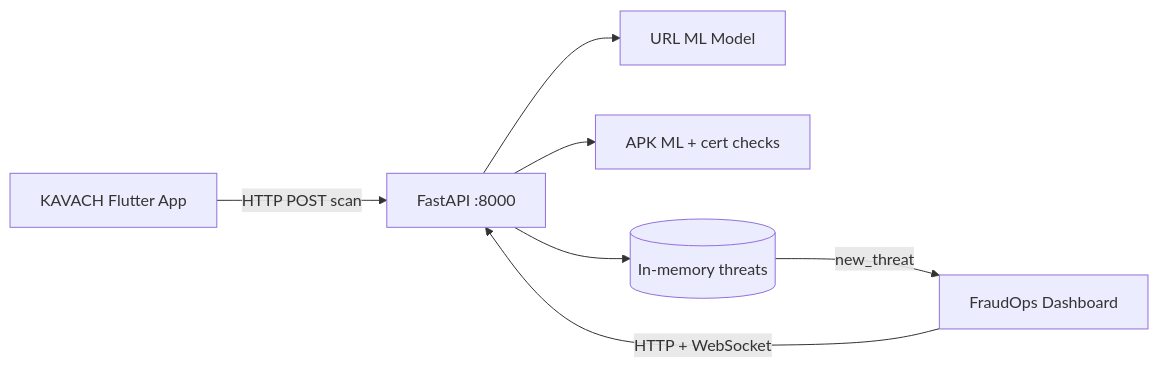
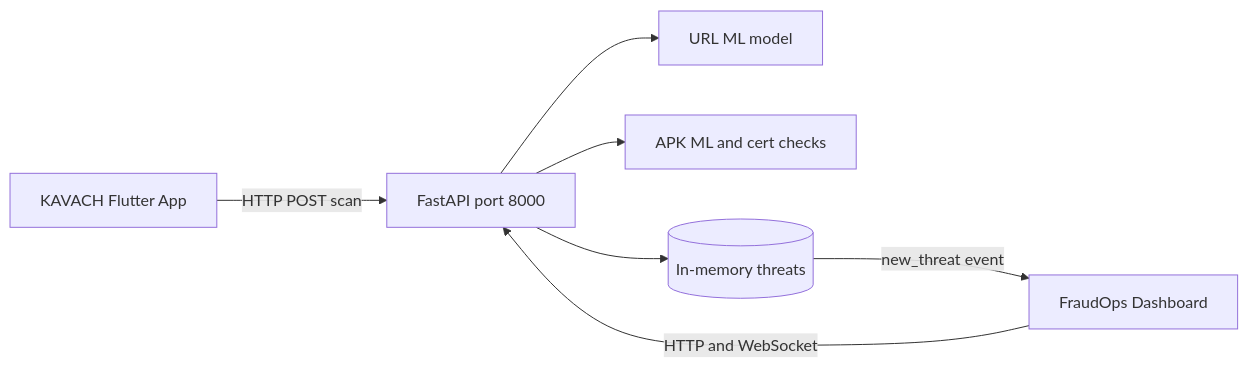
The diagram in README.md (khanak0509/SBI-Hackathon), drawn with Mermaid before and after one commit. The commit also changed other lines of this file, not shown here.

````diff
--- a/README.md
+++ b/README.md
@@ -17,9 +17,9 @@
 ```mermaid
 flowchart LR
-  App[KAVACH Flutter App] -->|HTTP POST scan| API[FastAPI :8000]
-  Dash[FraudOps Dashboard] -->|HTTP + WebSocket| API
-  API --> URL[URL ML Model]
-  API --> APK[APK ML + cert checks]
-  API --> Store[(In-memory threats)]
-  Store -->|new_threat| Dash
+  App["KAVACH Flutter App"] -->|"HTTP POST scan"| API["FastAPI port 8000"]
+  Dash["FraudOps Dashboard"] -->|"HTTP and WebSocket"| API
+  API --> URL["URL ML model"]
+  API --> APK["APK ML and cert checks"]
+  API --> Store[("In-memory threats")]
+  Store -->|"new_threat event"| Dash
 ```
````
